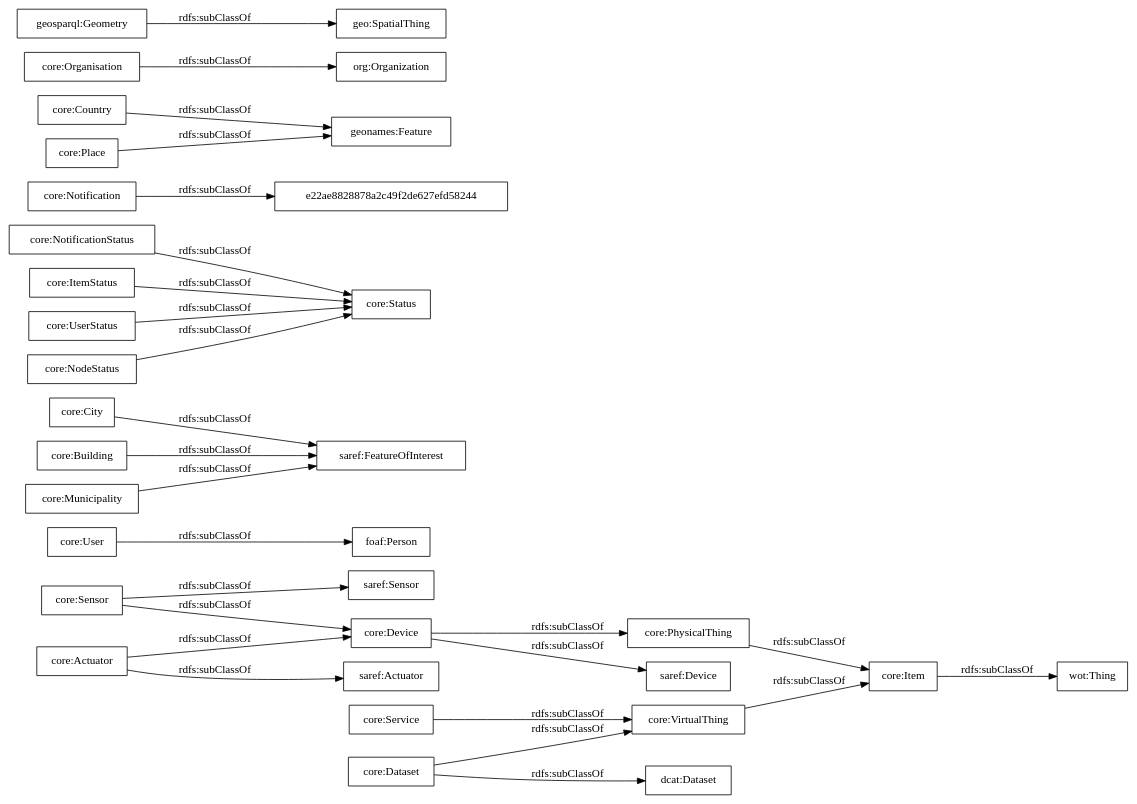
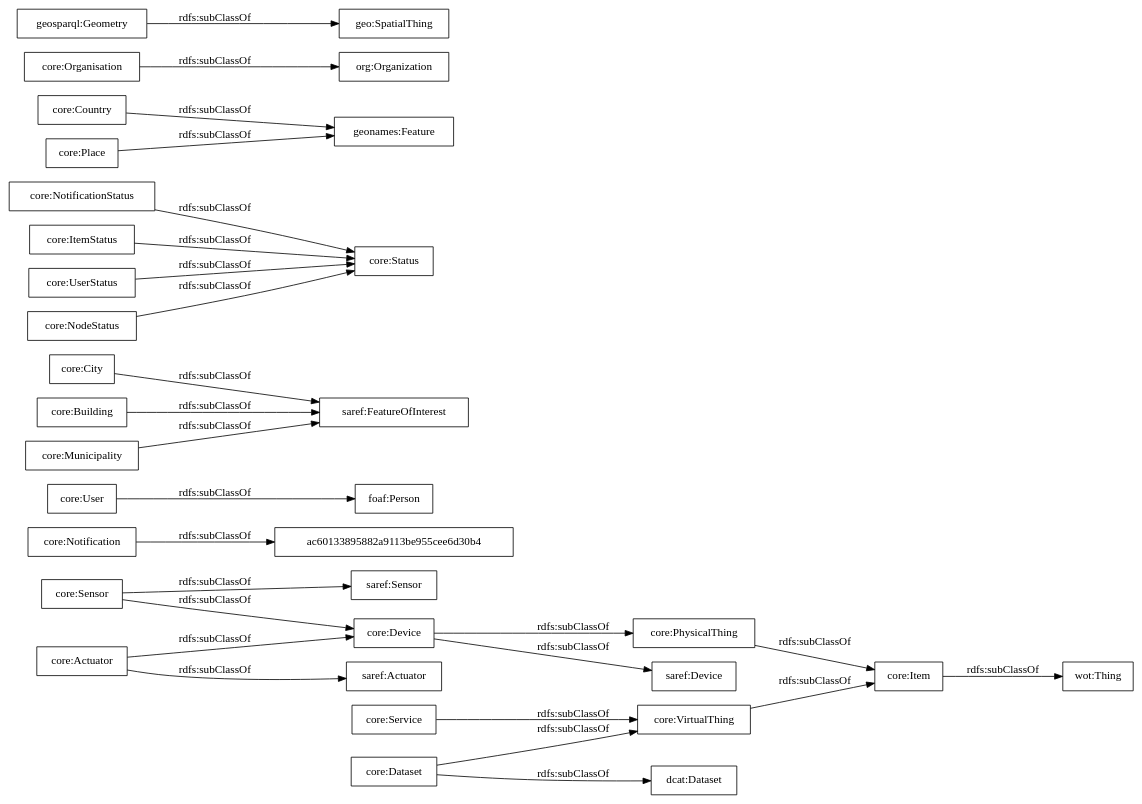
One commit to oeg-upm/auroral-core-ontology changed the diagram in OnToology/ontology/auroral-core.ttl/diagrams/ar2dtool-taxonomy/auroral-core.ttl.png.dot. Above: the diagram before and after it, drawn with Graphviz. The commit also changed 11 other files, not shown here.

```diff
--- a/OnToology/ontology/auroral-core.ttl/diagrams/ar2dtool-taxonomy/auroral-core.ttl.png.dot
+++ b/OnToology/ontology/auroral-core.ttl/diagrams/ar2dtool-taxonomy/auroral-core.ttl.png.dot
@@ -1,31 +1,31 @@
 digraph ar2dtool_diagram { 
 rankdir=LR;
 size="1000"
-node [shape = rectangle, color="black"]; "wot:Thing" "saref:Actuator" "core:User" "saref:Device" "core:City" "core:NotificationStatus" "e22ae8828878a2c49f2de627efd58244" "geonames:Feature" "core:Status" "core:Service" "core:Device" "core:Sensor" "core:Actuator" "core:Organisation" "foaf:Person" "core:Building" "org:Organization" "core:Country" "core:Item" "geosparql:Geometry" "core:Place" "core:Notification" "core:ItemStatus" "geo:SpatialThing" "core:PhysicalThing" "core:Dataset" "core:UserStatus" "core:NodeStatus" "core:Municipality" "core:VirtualThing" "saref:FeatureOfInterest" "saref:Sensor" "dcat:Dataset" ; /*classes style*/
+node [shape = rectangle, color="black"]; "wot:Thing" "ac60133895882a9113be955cee6d30b4" "saref:Actuator" "core:User" "saref:Device" "core:City" "core:NotificationStatus" "geonames:Feature" "core:Status" "core:Service" "core:Device" "core:Sensor" "core:Actuator" "core:Organisation" "foaf:Person" "core:Building" "org:Organization" "core:Country" "core:Item" "geosparql:Geometry" "core:Place" "core:Notification" "core:ItemStatus" "geo:SpatialThing" "core:PhysicalThing" "core:Dataset" "core:UserStatus" "core:NodeStatus" "core:Municipality" "core:VirtualThing" "saref:FeatureOfInterest" "saref:Sensor" "dcat:Dataset" ; /*classes style*/
 	"core:ItemStatus" -> "core:Status" [ label = "rdfs:subClassOf" ];
 	"core:Service" -> "core:VirtualThing" [ label = "rdfs:subClassOf" ];
 	"core:Country" -> "geonames:Feature" [ label = "rdfs:subClassOf" ];
 	"core:Organisation" -> "org:Organization" [ label = "rdfs:subClassOf" ];
 	"core:User" -> "foaf:Person" [ label = "rdfs:subClassOf" ];
 	"core:Building" -> "saref:FeatureOfInterest" [ label = "rdfs:subClassOf" ];
 	"core:PhysicalThing" -> "core:Item" [ label = "rdfs:subClassOf" ];
 	"core:Device" -> "saref:Device" [ label = "rdfs:subClassOf" ];
 	"core:Device" -> "core:PhysicalThing" [ label = "rdfs:subClassOf" ];
 	"core:Municipality" -> "saref:FeatureOfInterest" [ label = "rdfs:subClassOf" ];
 	"core:NodeStatus" -> "core:Status" [ label = "rdfs:subClassOf" ];
 	"core:UserStatus" -> "core:Status" [ label = "rdfs:subClassOf" ];
 	"core:Sensor" -> "saref:Sensor" [ label = "rdfs:subClassOf" ];
 	"core:Sensor" -> "core:Device" [ label = "rdfs:subClassOf" ];
 	"core:VirtualThing" -> "core:Item" [ label = "rdfs:subClassOf" ];
 	"core:Actuator" -> "saref:Actuator" [ label = "rdfs:subClassOf" ];
 	"core:Actuator" -> "core:Device" [ label = "rdfs:subClassOf" ];
 	"core:Place" -> "geonames:Feature" [ label = "rdfs:subClassOf" ];
 	"core:Item" -> "wot:Thing" [ label = "rdfs:subClassOf" ];
 	"core:Dataset" -> "core:VirtualThing" [ label = "rdfs:subClassOf" ];
 	"core:Dataset" -> "dcat:Dataset" [ label = "rdfs:subClassOf" ];
 	"geosparql:Geometry" -> "geo:SpatialThing" [ label = "rdfs:subClassOf" ];
-	"core:Notification" -> "e22ae8828878a2c49f2de627efd58244" [ label = "rdfs:subClassOf" ];
+	"core:Notification" -> "ac60133895882a9113be955cee6d30b4" [ label = "rdfs:subClassOf" ];
 	"core:NotificationStatus" -> "core:Status" [ label = "rdfs:subClassOf" ];
 	"core:City" -> "saref:FeatureOfInterest" [ label = "rdfs:subClassOf" ];
 
 }
```
